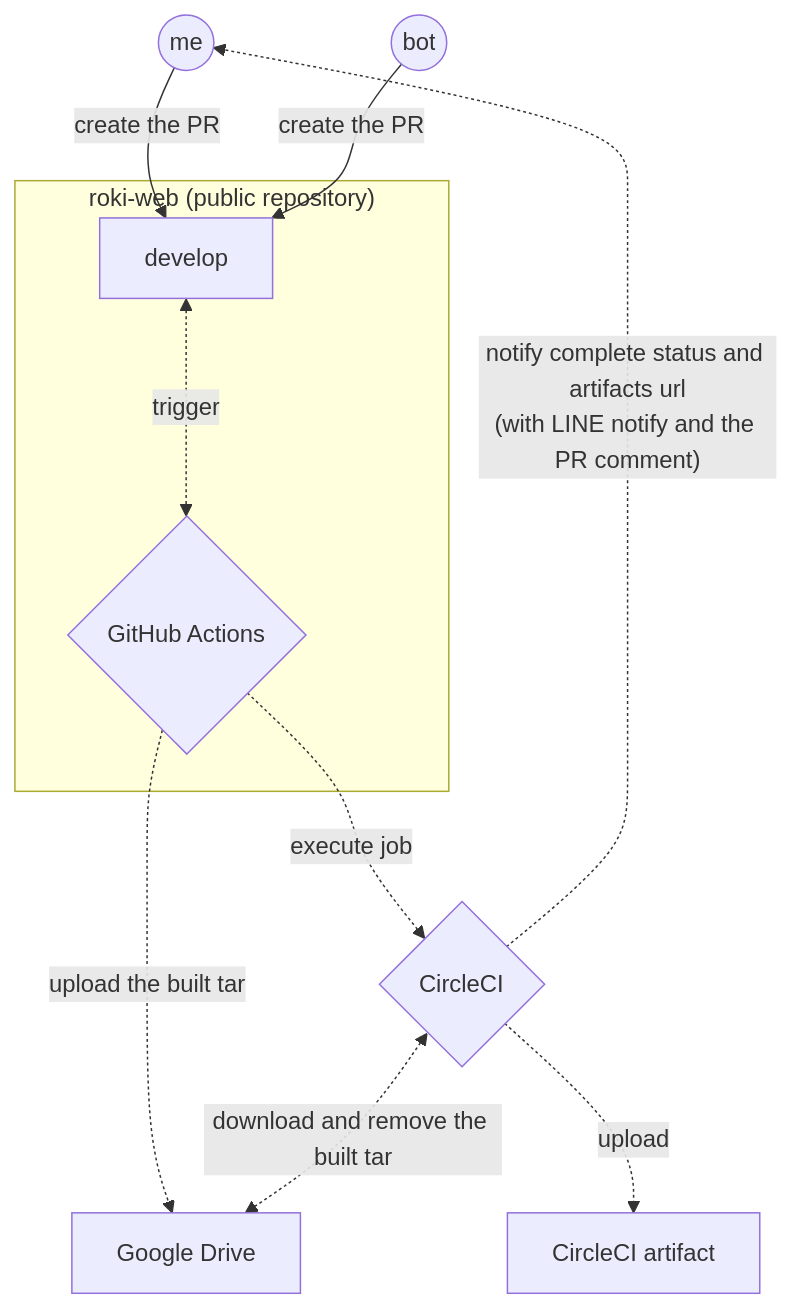
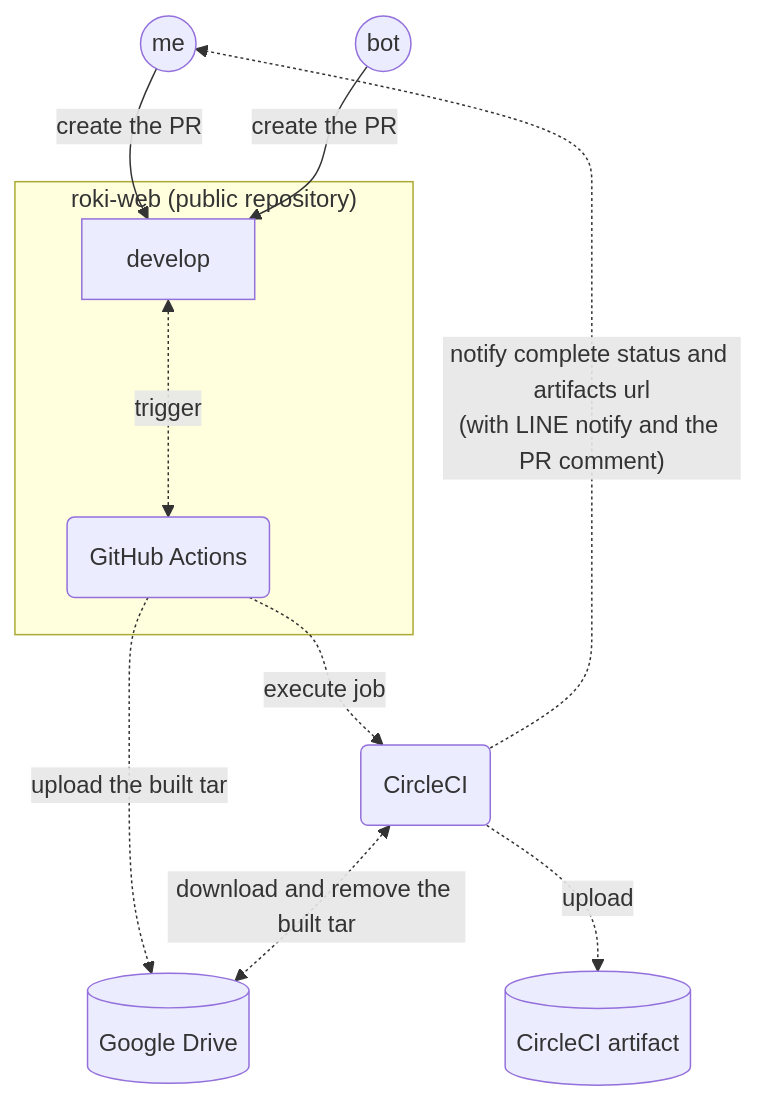
Before and after one commit to falgon/roki-web: the second of 2 diagrams in README.md, drawn with Mermaid. The commit also changed other lines of this file and 1 other file, not shown here.

````diff
--- a/README.md
+++ b/README.md
@@ -127,17 +137,17 @@
 ```mermaid
 graph TD;
 me((me))-->|create the PR|develop
 bot((bot))-->|create the PR|develop
 subgraph "roki-web (public repository)"
-develop<-.trigger.->roki-web-actions{"GitHub Actions"}
+develop<-.trigger.->roki-web-actions("GitHub Actions")
 end
-roki-web-actions{"GitHub Actions"}-."upload the built tar".->gd["Google Drive"]
-roki-web-actions{"GitHub Actions"}-."execute job".->circle{"CircleCI"}
-circle{"CircleCI"}-."upload".->art["CircleCI artifact"]
-circle{"CircleCI"}<-."download and remove the built tar".->gd["Google Drive"]
-circle{"CircleCI"}-."notify complete status and artifacts url<br/>(with LINE notify and the PR comment)".->me
+roki-web-actions("GitHub Actions")-."upload the built tar".->gd[("Google Drive")]
+roki-web-actions-."execute job".->circle("CircleCI")
+circle-."upload".->art[("CircleCI artifact")]
+circle<-."download and remove the built tar".->gd
+circle-."notify complete status and artifacts url<br/>(with LINE notify and the PR comment)".->me
 
 click develop "https://github.com/falgon/roki-web/tree/develop" "link"
 click roki-web-actions "https://github.com/falgon/roki-web/actions/workflows/build_pr.yml?query=event%3Apull_request" "link"
 click circle "https://app.circleci.com/pipelines/github/falgon/roki-web?branch=develop" "link"
 ```
````
